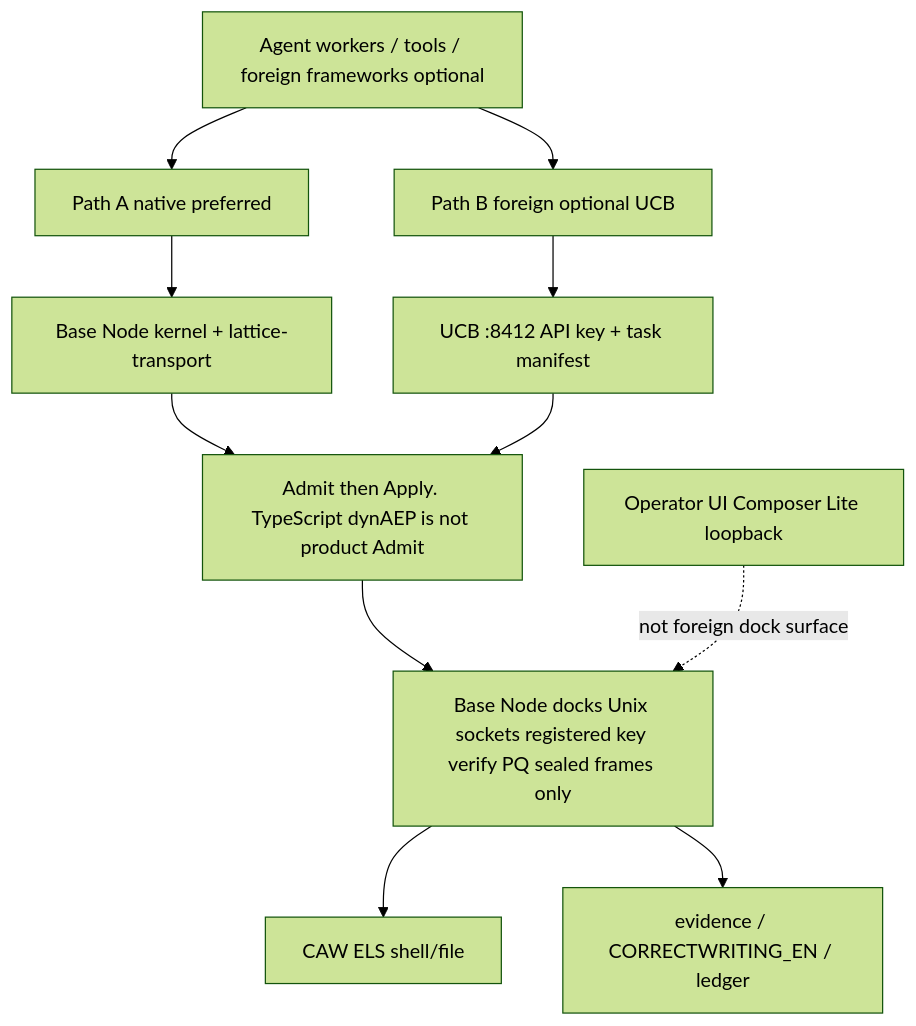
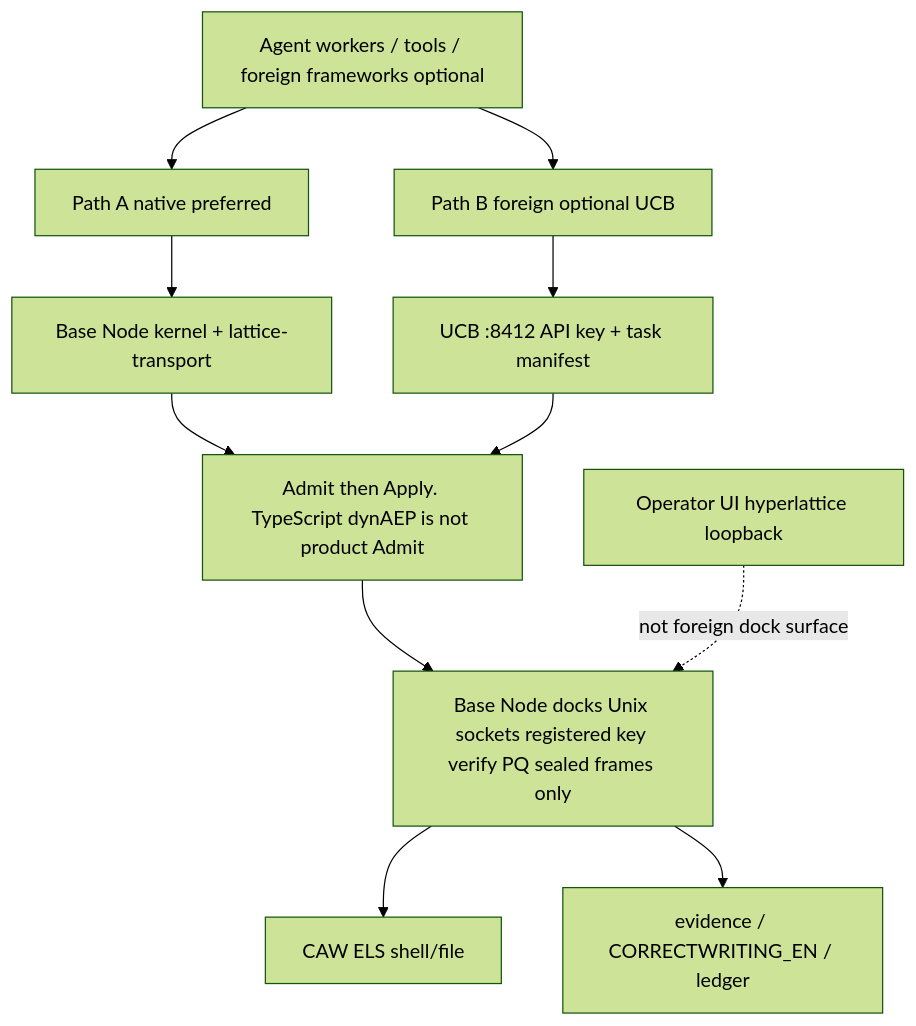
The diagram in AEP-User-Experience/docs/AEP-2.8-SECURE-DEPLOYMENT-GUIDE.md (thePM001/AEP-agent-element-protocol), drawn with Mermaid (forest theme) before and after one commit. The commit also changed other lines of this file and 177 other files, not shown here.

````diff
--- a/AEP-User-Experience/docs/AEP-2.8-SECURE-DEPLOYMENT-GUIDE.md
+++ b/AEP-User-Experience/docs/AEP-2.8-SECURE-DEPLOYMENT-GUIDE.md
@@ -44,14 +44,14 @@
 ```mermaid
 flowchart TB
   W[Agent workers / tools / foreign frameworks optional]
   W --> PA[Path A native preferred]
   W --> PB[Path B foreign optional UCB]
   PA --> BN[Base Node kernel + lattice-transport]
   PB --> UCB[UCB :8412 API key + task manifest]
   BN --> BR[Admit then Apply. TypeScript dynAEP is not product Admit]
   UCB --> BR
   BR --> DOCK[Base Node docks Unix sockets registered key verify PQ sealed frames only]
   DOCK --> CAW[CAW ELS shell/file]
   DOCK --> AUD[evidence / CORRECTWRITING_EN / ledger]
-  OP[Operator UI Composer Lite loopback] -.->|not foreign dock surface| DOCK
+  OP[Operator UI hyperlattice loopback] -.->|not foreign dock surface| DOCK
 ```
````
